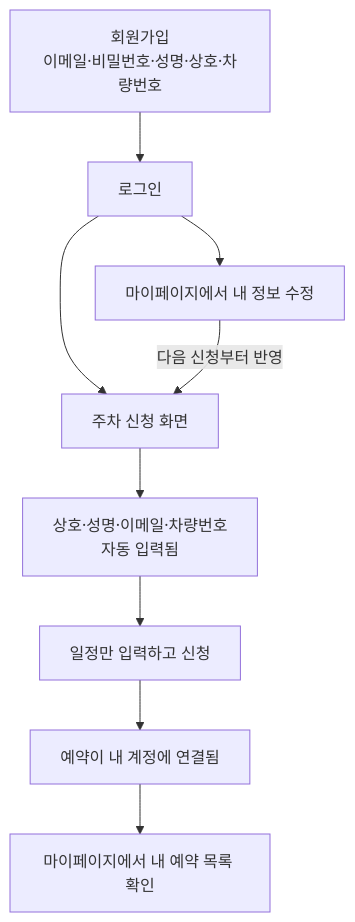
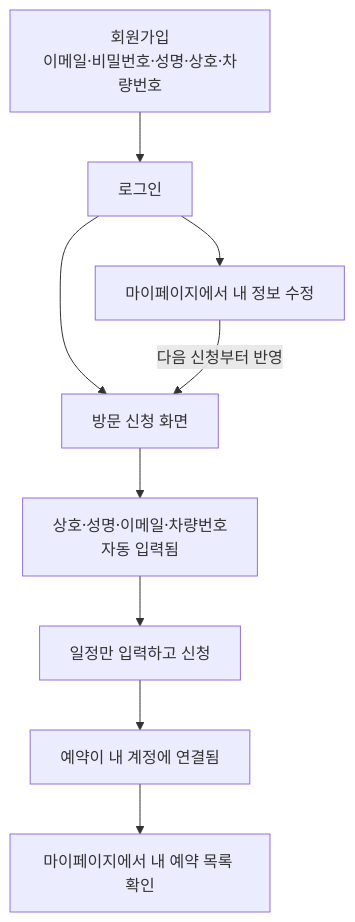
Before and after one commit to leejyeone/ParkingSystem: the third of 5 diagrams in README.md, drawn with Mermaid. The commit also changed other lines of this file and 34 other files, not shown here.

````diff
--- a/README.md
+++ b/README.md
@@ -223,11 +223,11 @@
 ```mermaid
 flowchart TD
     A[회원가입<br/>이메일·비밀번호·성명·상호·차량번호] --> B[로그인]
-    B --> C[주차 신청 화면]
+    B --> C[방문 신청 화면]
     C --> D[상호·성명·이메일·차량번호<br/>자동 입력됨]
     D --> E[일정만 입력하고 신청]
     E --> F[예약이 내 계정에 연결됨]
     F --> G[마이페이지에서 내 예약 목록 확인]
     B --> H[마이페이지에서 내 정보 수정]
     H -->|다음 신청부터 반영| C
 ```
````
